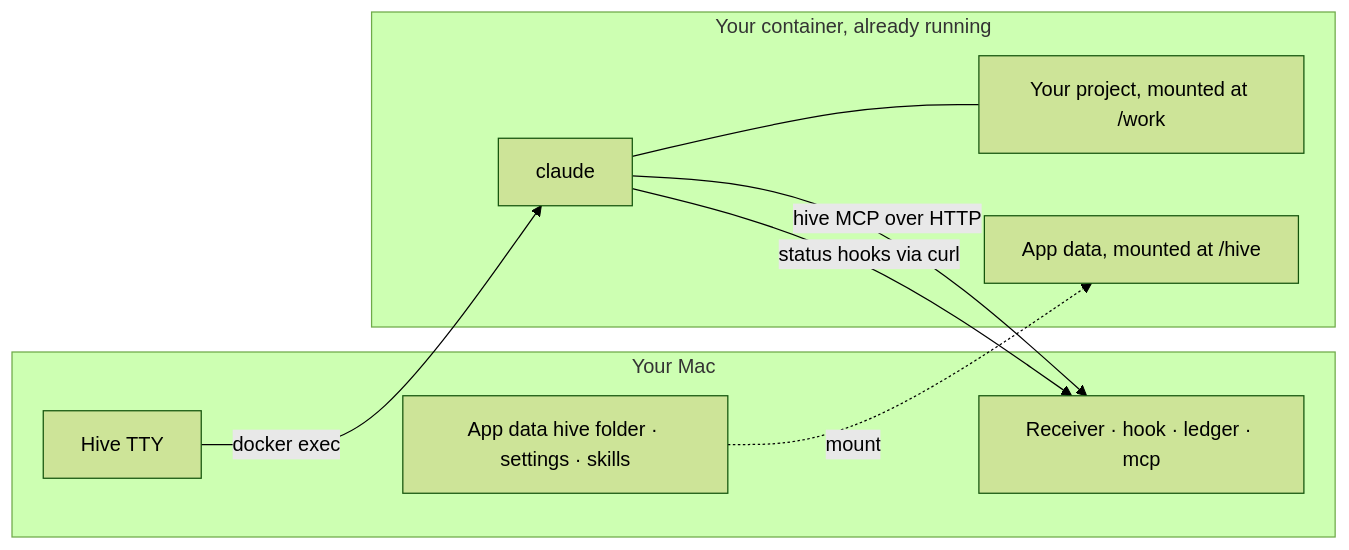
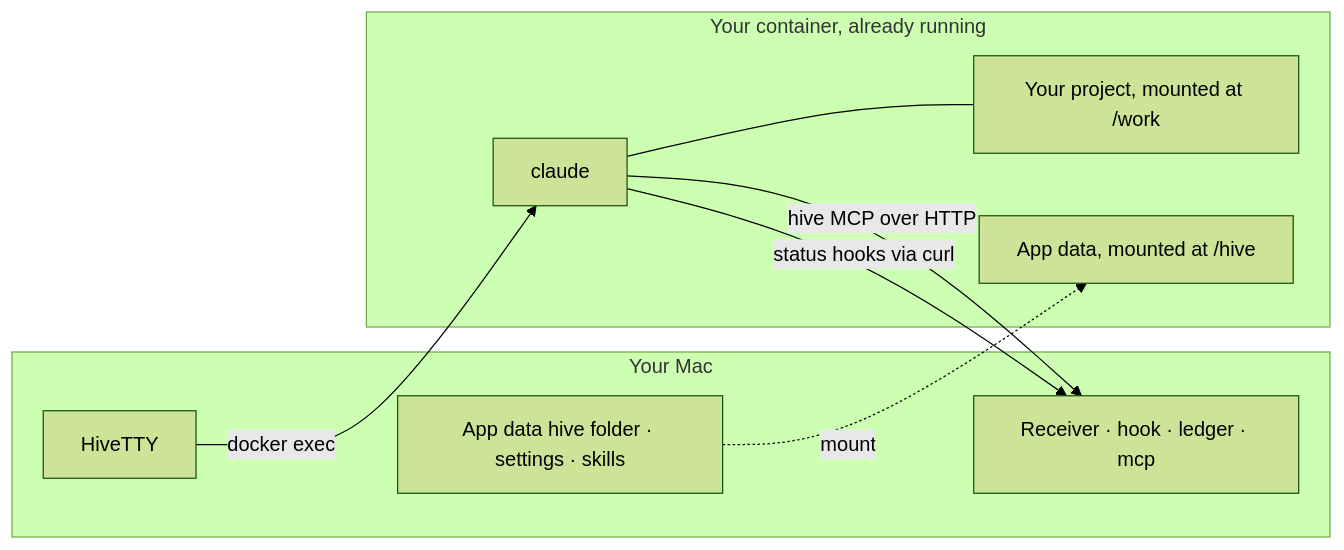
The diagram in docs/assets/diagrams/containers.mmd (behiques/hivetty), drawn with Mermaid (forest theme) before and after one commit. The commit also changed 280 other files, not shown here.

First line of the commit message:
HIVE-242: rename the fork to HiveTTY (#119)

```diff
--- a/docs/assets/diagrams/containers.mmd
+++ b/docs/assets/diagrams/containers.mmd
@@ -1,16 +1,16 @@
 flowchart LR
   subgraph host [Your Mac]
-    hive[Hive TTY]
+    hive[HiveTTY]
     rcv[Receiver · hook · ledger · mcp]
     gen[App data hive folder · settings · skills]
   end
   subgraph box [Your container, already running]
     cl[claude]
     ws[Your project, mounted at /work]
     hd[App data, mounted at /hive]
   end
   hive -->|docker exec| cl
   gen -.->|mount| hd
   cl -->|status hooks via curl| rcv
   cl -->|hive MCP over HTTP| rcv
   cl --- ws
```
